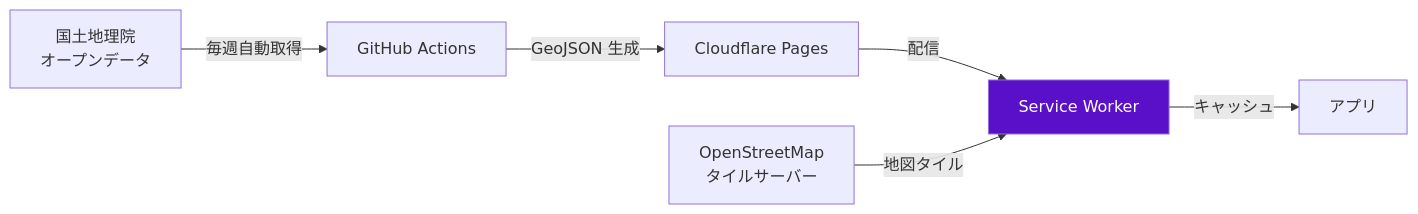
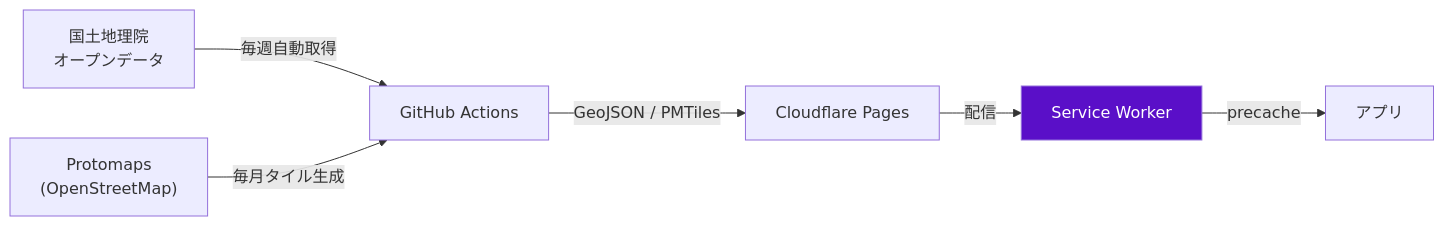
The first of 2 diagrams in README.md (yusakuvol/Naruto-Shelter-Map), drawn with Mermaid before and after one commit. The commit also changed other lines of this file and 787 other files, not shown here.

First line of the commit message:
feat(map): PMTilesで対象地域の地図タイルを同梱し初回起動から完全オフライン対応 (#426)

````diff
--- a/README.md
+++ b/README.md
@@ -65,11 +65,10 @@
 ```mermaid
 flowchart LR
     GSI["国土地理院\nオープンデータ"] -->|毎週自動取得| GHA["GitHub Actions"]
-    GHA -->|GeoJSON 生成| CF["Cloudflare Pages"]
+    PM["Protomaps\n(OpenStreetMap)"] -->|毎月タイル生成| GHA
+    GHA -->|GeoJSON / PMTiles| CF["Cloudflare Pages"]
     CF -->|配信| SW["Service Worker"]
-    SW -->|キャッシュ| APP["アプリ"]
-
-    OSM["OpenStreetMap\nタイルサーバー"] -->|地図タイル| SW
+    SW -->|precache| APP["アプリ"]
 
     style SW fill:#5A0FC8,color:#fff
 ```
````
